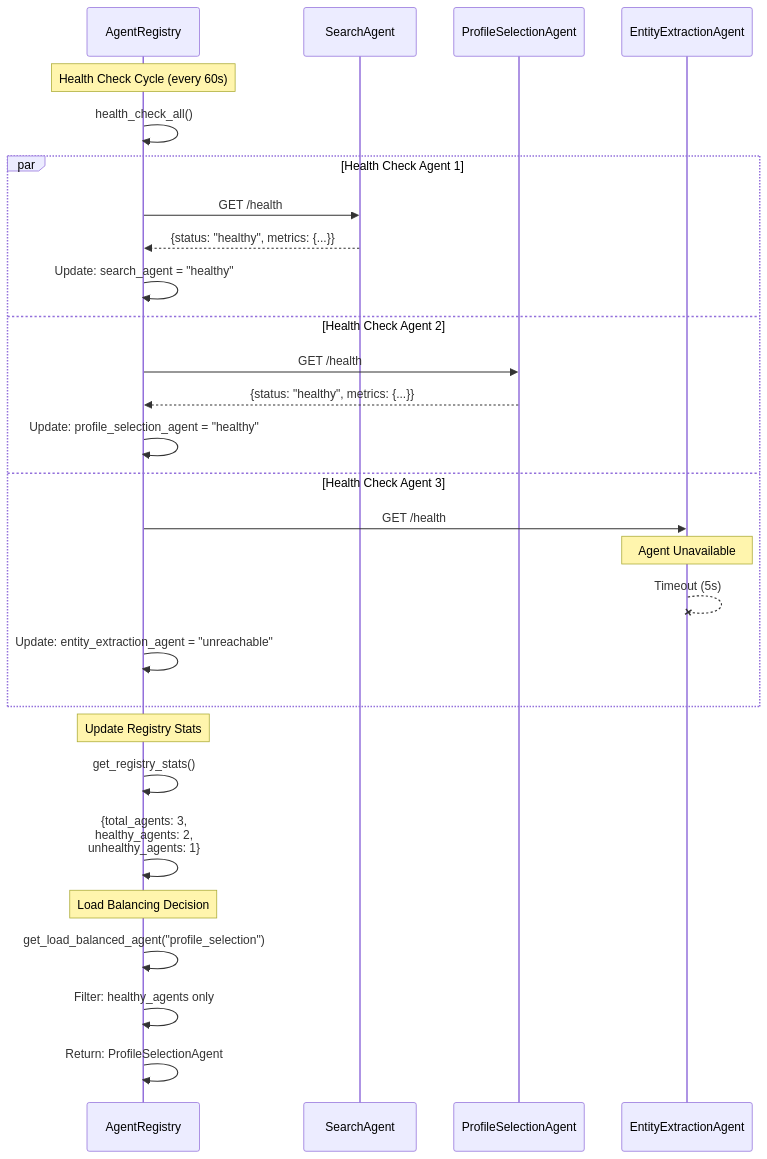
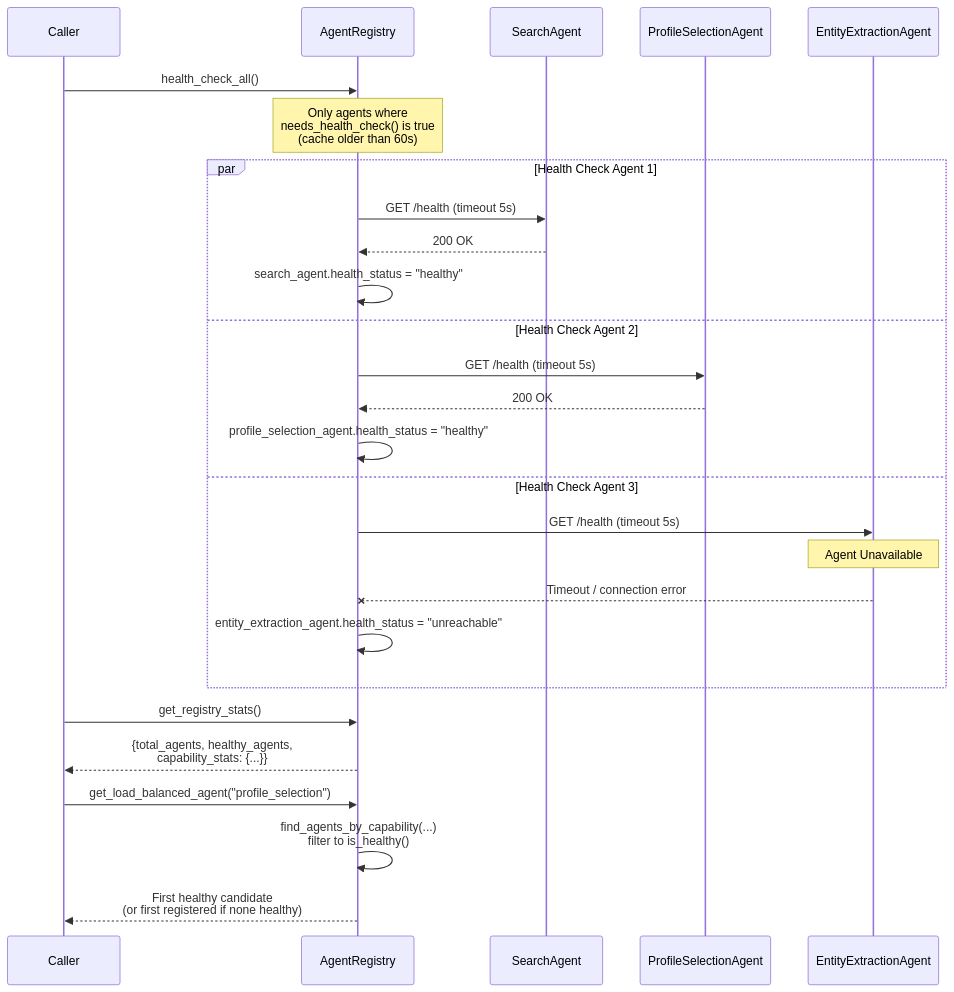
One commit to amit-jain/cogniverse changed the fifth of 8 diagrams in docs/architecture/multi-agent-interactions.md. Above: the diagram before and after it, drawn with Mermaid. The commit also changed other lines of this file and 7 other files, not shown here.

First line of the commit message:
Document all 23 agents and convert diagrams to mermaid

````diff
--- a/docs/architecture/multi-agent-interactions.md
+++ b/docs/architecture/multi-agent-interactions.md
@@ -355,35 +410,33 @@
 ```mermaid
 sequenceDiagram
+    participant Caller
     participant Registry as AgentRegistry
     participant Agent1 as SearchAgent
     participant Agent2 as ProfileSelectionAgent
     participant Agent3 as EntityExtractionAgent
 
-    Note over Registry: Health Check Cycle (every 60s)
-
-    Registry->>Registry: health_check_all()
+    Caller->>Registry: health_check_all()
+    Note over Registry: Only agents where<br/>needs_health_check() is true<br/>(cache older than 60s)
 
     par Health Check Agent 1
-        Registry->>Agent1: GET /health
-        Agent1-->>Registry: {status: "healthy", metrics: {...}}
-        Registry->>Registry: Update: search_agent = "healthy"
+        Registry->>Agent1: GET /health (timeout 5s)
+        Agent1-->>Registry: 200 OK
+        Registry->>Registry: search_agent.health_status = "healthy"
     and Health Check Agent 2
-        Registry->>Agent2: GET /health
-        Agent2-->>Registry: {status: "healthy", metrics: {...}}
-        Registry->>Registry: Update: profile_selection_agent = "healthy"
+        Registry->>Agent2: GET /health (timeout 5s)
+        Agent2-->>Registry: 200 OK
+        Registry->>Registry: profile_selection_agent.health_status = "healthy"
     and Health Check Agent 3
-        Registry->>Agent3: GET /health
+        Registry->>Agent3: GET /health (timeout 5s)
         Note over Agent3: Agent Unavailable
-        Agent3--xAgent3: Timeout (5s)
-        Registry->>Registry: Update: entity_extraction_agent = "unreachable"
+        Agent3--xRegistry: Timeout / connection error
+        Registry->>Registry: entity_extraction_agent.health_status = "unreachable"
     end
 
-    Note over Registry: Update Registry Stats
-    Registry->>Registry: get_registry_stats()
-    Registry->>Registry: {total_agents: 3,<br/>healthy_agents: 2,<br/>unhealthy_agents: 1}
+    Caller->>Registry: get_registry_stats()
+    Registry-->>Caller: {total_agents, healthy_agents,<br/>capability_stats: {...}}
 
-    Note over Registry: Load Balancing Decision
-    Registry->>Registry: get_load_balanced_agent("profile_selection")
-    Registry->>Registry: Filter: healthy_agents only
-    Registry->>Registry: Return: ProfileSelectionAgent
+    Caller->>Registry: get_load_balanced_agent("profile_selection")
+    Registry->>Registry: find_agents_by_capability(...)<br/>filter to is_healthy()
+    Registry-->>Caller: First healthy candidate<br/>(or first registered if none healthy)
 ```
````
